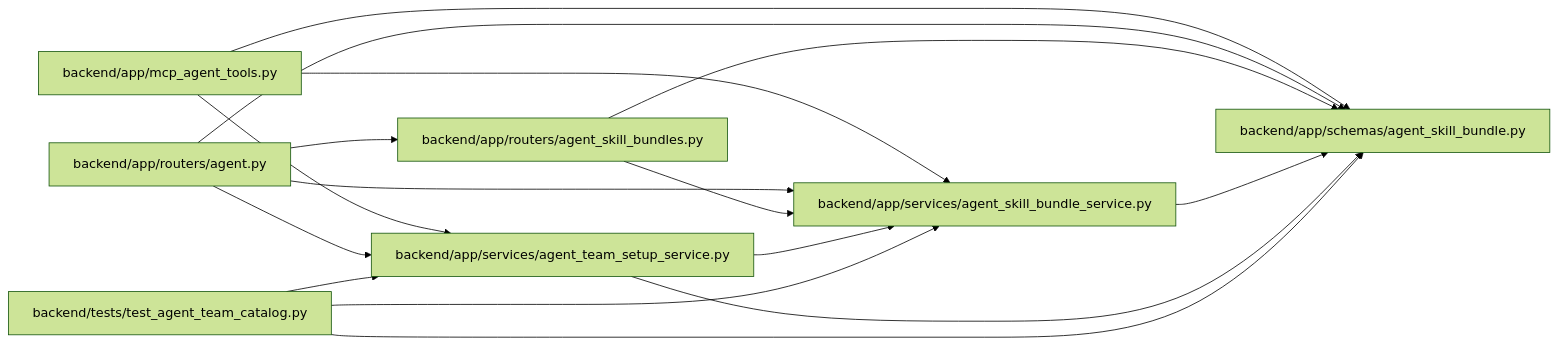
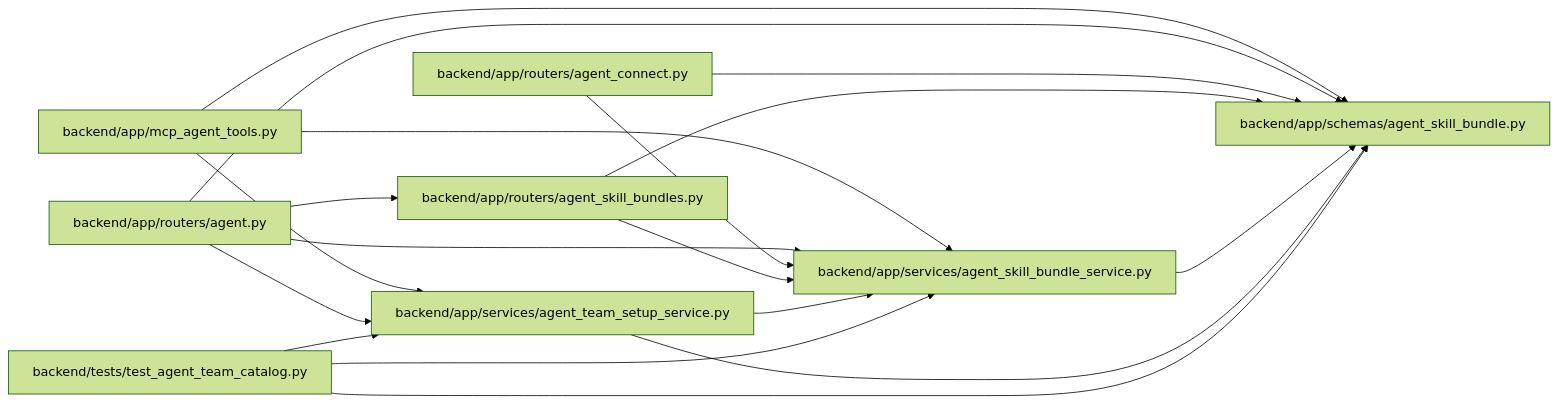
Before and after one commit to Denissvgn/WorkChord: the diagram in docs/llm_wiki/modules/agent_skill_bundle.md, drawn with Mermaid (forest theme). The commit also changed other lines of this file and 732 other files, not shown here.

Commit message:
docs(wiki): refresh for agent key delivery and the connect hint

````diff
--- a/docs/llm_wiki/modules/agent_skill_bundle.md
+++ b/docs/llm_wiki/modules/agent_skill_bundle.md
@@ -20,32 +20,36 @@
 ```mermaid
 flowchart LR
     n0["backend/app/mcp_agent_tools.py"]
     n1["backend/app/routers/agent.py"]
-    n2["backend/app/routers/agent_skill_bundles.py"]
-    n3["backend/app/schemas/agent_skill_bundle.py"]
-    n4["backend/app/services/agent_skill_bundle_service.py"]
-    n5["backend/app/services/agent_team_setup_service.py"]
-    n6["backend/tests/test_agent_team_catalog.py"]
-    n0 --> n3
+    n2["backend/app/routers/agent_connect.py"]
+    n3["backend/app/routers/agent_skill_bundles.py"]
+    n4["backend/app/schemas/agent_skill_bundle.py"]
+    n5["backend/app/services/agent_skill_bundle_service.py"]
+    n6["backend/app/services/agent_team_setup_service.py"]
+    n7["backend/tests/test_agent_team_catalog.py"]
     n0 --> n4
     n0 --> n5
-    n1 --> n2
+    n0 --> n6
     n1 --> n3
     n1 --> n4
     n1 --> n5
-    n2 --> n3
+    n1 --> n6
     n2 --> n4
-    n4 --> n3
-    n5 --> n3
+    n2 --> n5
+    n3 --> n4
+    n3 --> n5
     n5 --> n4
-    n6 --> n3
     n6 --> n4
     n6 --> n5
+    n7 --> n4
+    n7 --> n5
+    n7 --> n6
     click n0 "../modules/mcp_agent_tools.md"
     click n1 "../modules/routers_agent.md"
-    click n2 "../modules/agent_skill_bundles.md"
-    click n3 "../modules/agent_skill_bundle.md"
-    click n4 "../modules/agent_skill_bundle_service.md"
-    click n5 "../modules/agent_team_setup_service.md"
-    click n6 "../modules/test_agent_team_catalog.md"
+    click n2 "../modules/routers_agent_connect.md"
+    click n3 "../modules/agent_skill_bundles.md"
+    click n4 "../modules/agent_skill_bundle.md"
+    click n5 "../modules/agent_skill_bundle_service.md"
+    click n6 "../modules/agent_team_setup_service.md"
+    click n7 "../modules/test_agent_team_catalog.md"
 ```
````
